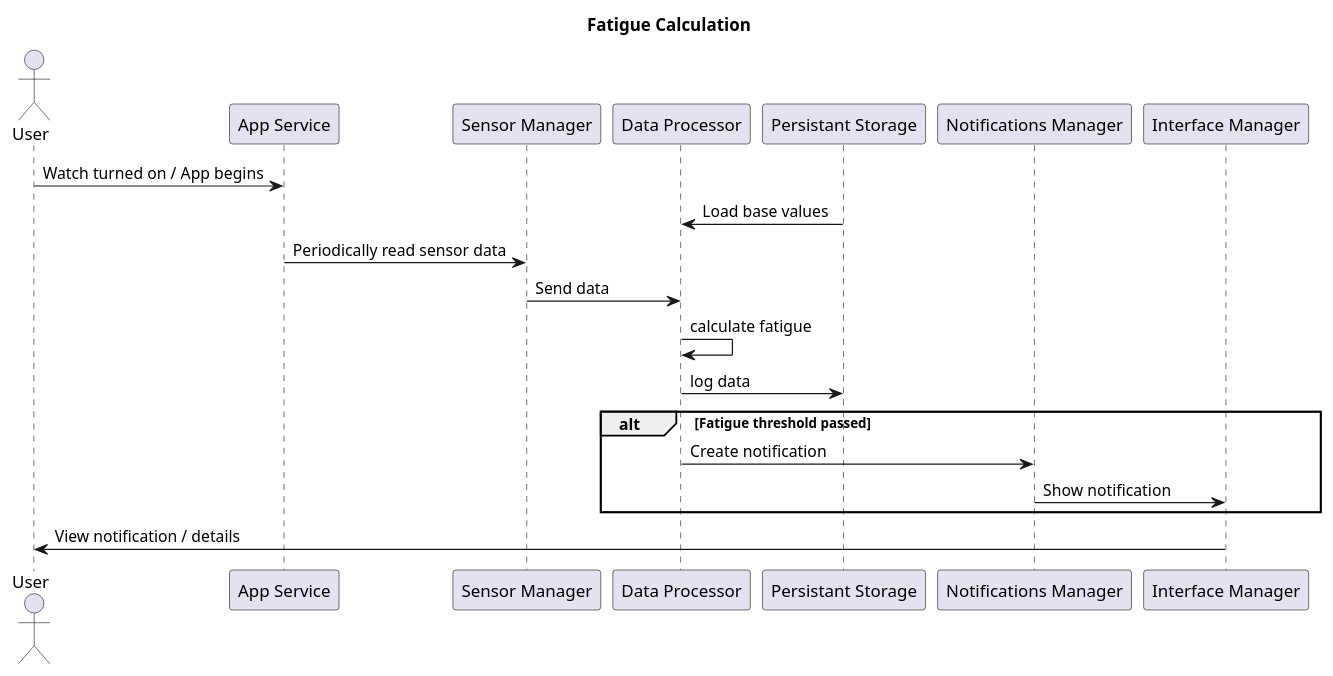
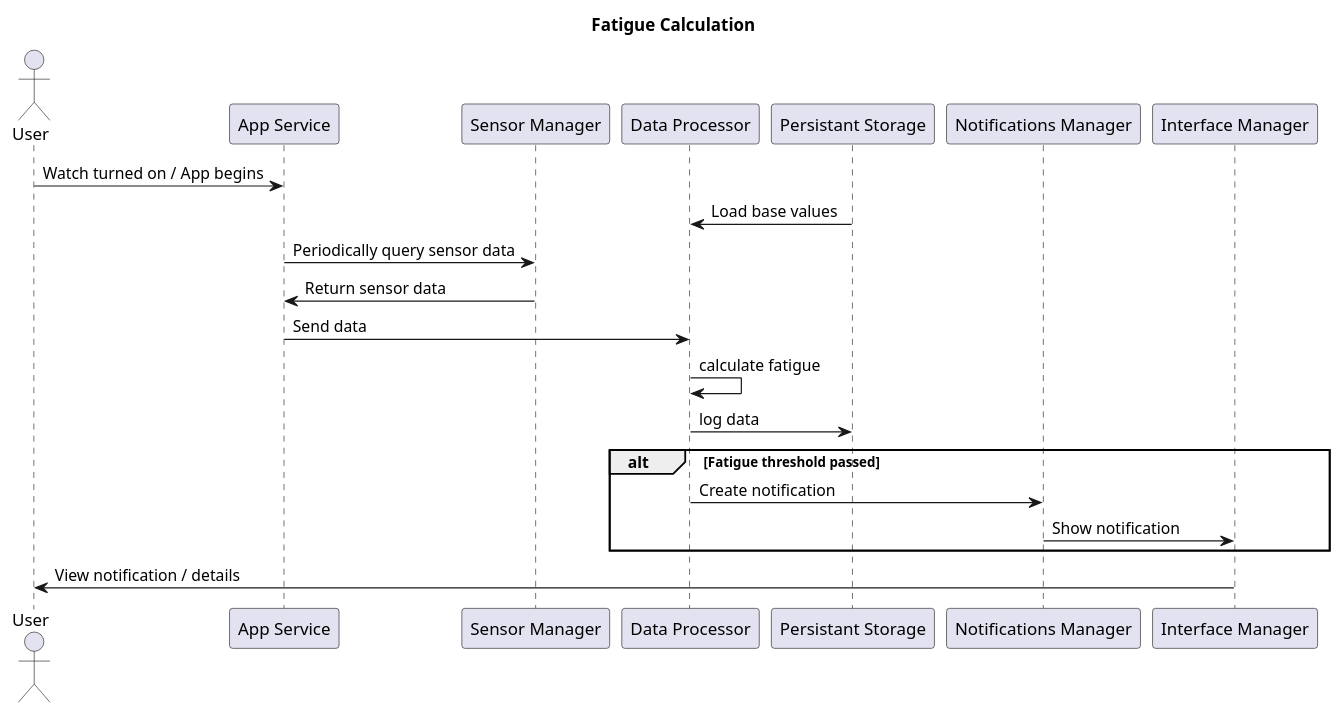
The diagram in diagrams/fatigue-calculation-SD.puml (VC-658-Team/VC-658), drawn with PlantUML before and after one commit. The commit also changed 1 other file, not shown here.

Commit message:
fixing diagram

```diff
--- a/diagrams/fatigue-calculation-SD.puml
+++ b/diagrams/fatigue-calculation-SD.puml
@@ -1,24 +1,25 @@
 @startuml
 title Fatigue Calculation
 
 Actor User
 participant "App Service" as app
 participant "Sensor Manager" as sensorManager
 participant "Data Processor" as processor
 participant "Persistant Storage" as storage
 participant "Notifications Manager" as notifications
 participant "Interface Manager" as interface
 User -> app : Watch turned on / App begins
 storage -> processor: Load base values
-app -> sensorManager : Periodically read sensor data
-sensorManager -> processor : Send data
+app -> sensorManager : Periodically query sensor data
+sensorManager -> app : Return sensor data
+app -> processor : Send data
 processor -> processor : calculate fatigue
 processor -> storage : log data
 alt Fatigue threshold passed
     processor-> notifications : Create notification
     notifications -> interface : Show notification
 end
 
 interface -> User : View notification / details
 
 @enduml
```
